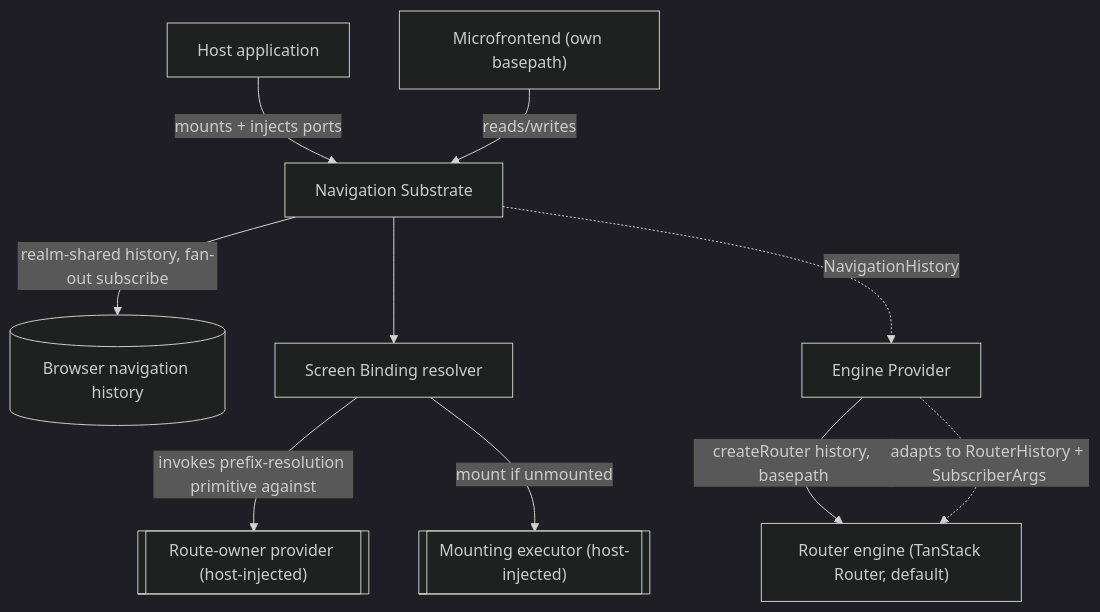
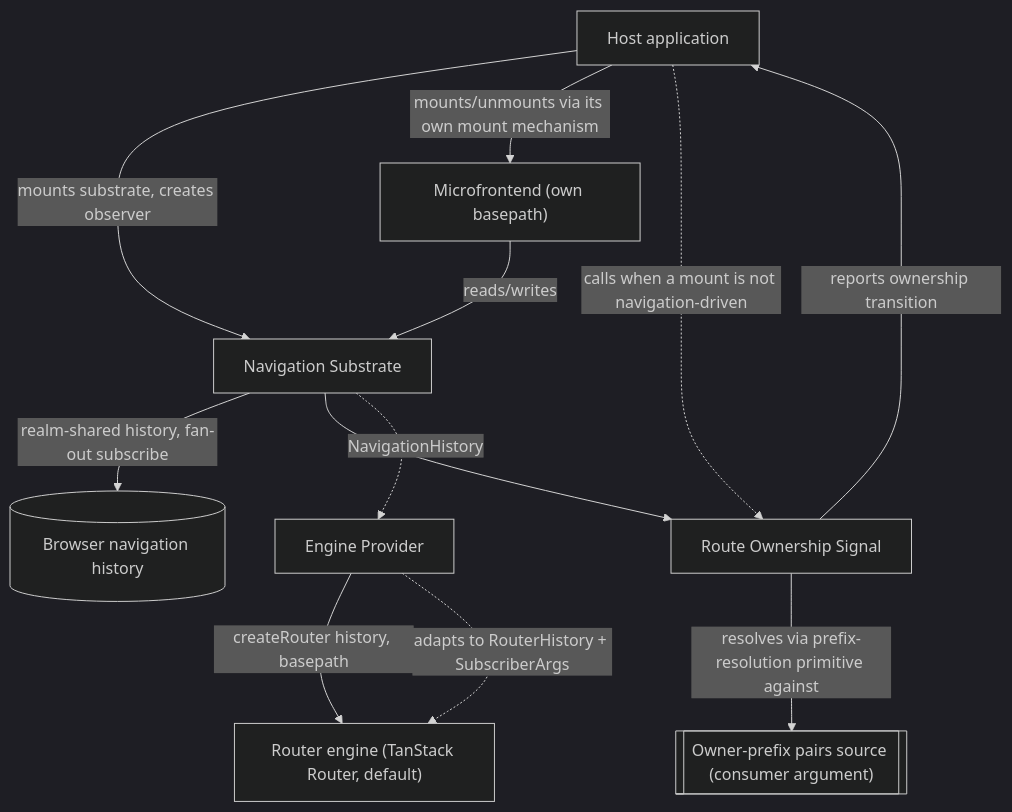
Before and after one commit to GeraBart/gears-frontx: the first of 2 diagrams in packages/routing/architecture/DESIGN.md, drawn with Mermaid (dark theme). The commit also changed other lines of this file and 7 other files, not shown here.

````diff
--- a/packages/routing/architecture/DESIGN.md
+++ b/packages/routing/architecture/DESIGN.md
@@ -76,12 +76,14 @@
 ```mermaid
 graph TD
-    Host["Host application"] -->|mounts + injects ports| Substrate[Navigation Substrate]
+    Host["Host application"] -->|mounts substrate, creates observer| Substrate[Navigation Substrate]
     MFE["Microfrontend (own basepath)"] -->|reads/writes| Substrate
     Substrate -->|realm-shared history, fan-out subscribe| History[("Browser navigation history")]
-    Substrate --> Binding[Screen Binding resolver]
-    Binding -->|invokes prefix-resolution primitive against| OwnerPort[["Route-owner provider (host-injected)"]]
-    Binding -->|mount if unmounted| MountPort[["Mounting executor (host-injected)"]]
+    Substrate --> Signal[Route Ownership Signal]
+    Signal -->|resolves via prefix-resolution primitive against| Pairs[["Owner-prefix pairs source (consumer argument)"]]
+    Signal -->|reports ownership transition| Host
+    Host -->|mounts/unmounts via its own mount mechanism| MFE
+    Host -.->|calls when a mount is not navigation-driven| Signal
     Provider[Engine Provider] -->|createRouter history, basepath| Engine["Router engine (TanStack Router, default)"]
     Substrate -.->|NavigationHistory| Provider
     Provider -.->|adapts to RouterHistory + SubscriberArgs| Engine
 ```
````
